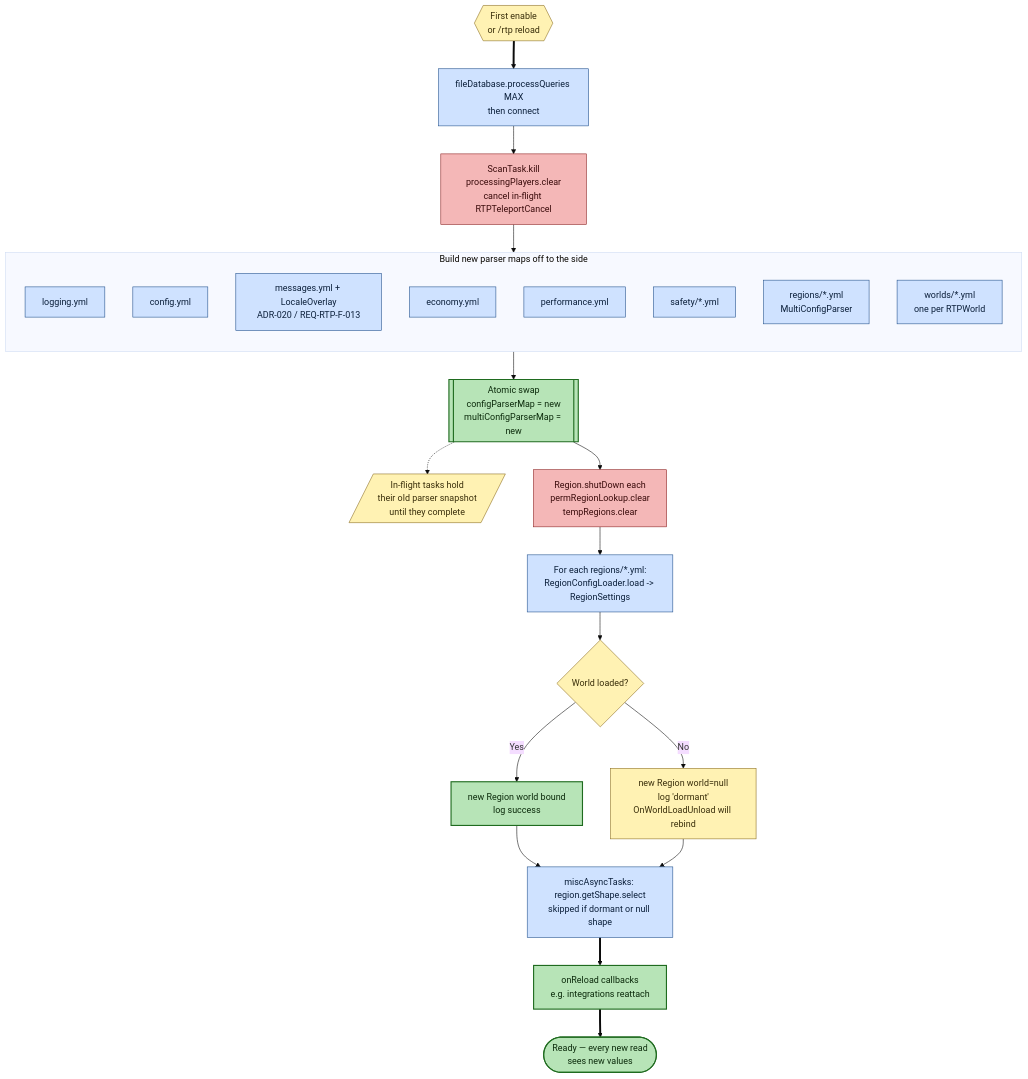
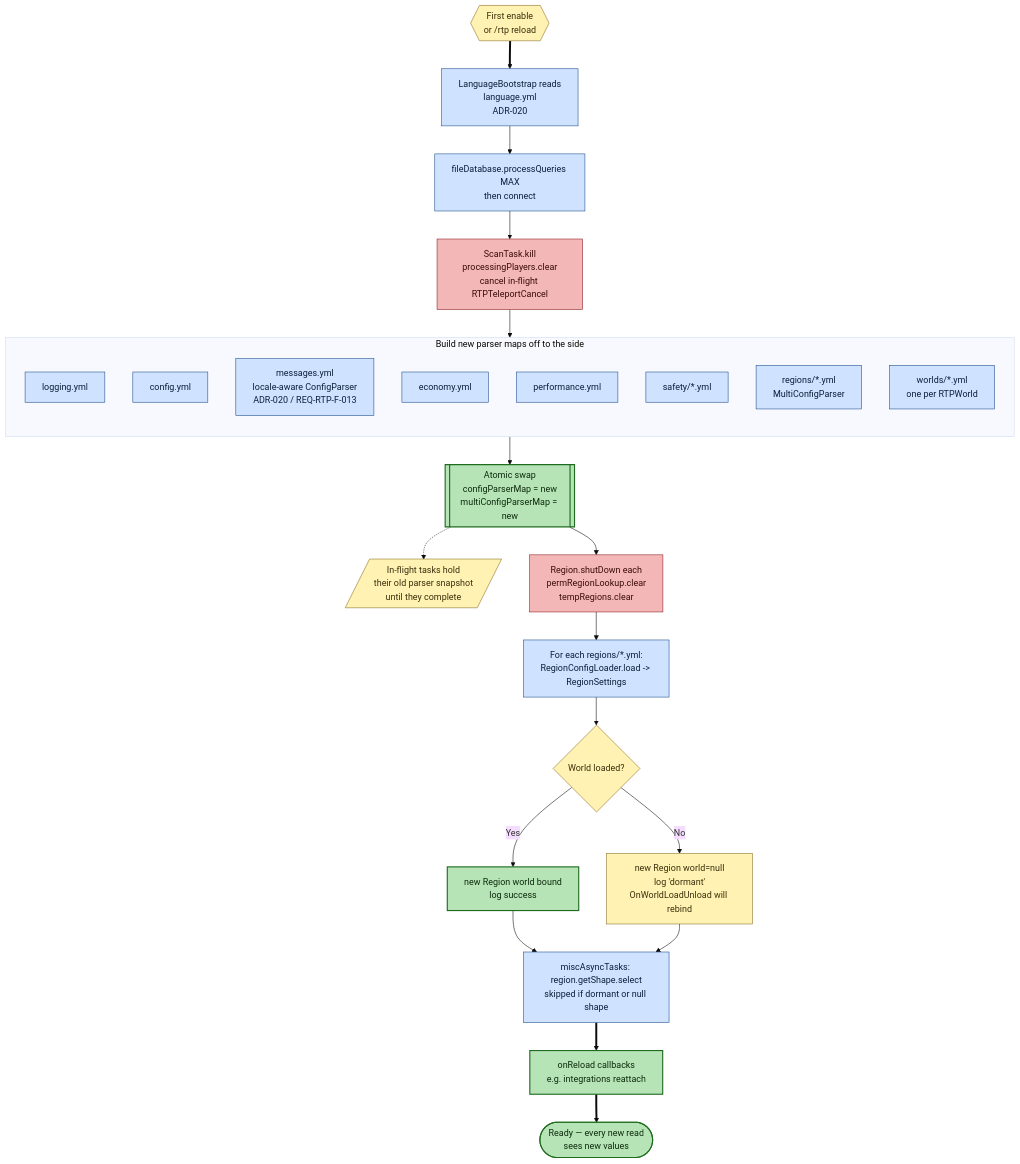
One commit to DailyStruggle/RTP changed the diagram in docs/architecture/10-configuration-load-and-reload.md. Above: the diagram before and after it, drawn with Mermaid (base theme). The commit also changed other lines of this file and 195 other files, not shown here.

````diff
--- a/docs/architecture/10-configuration-load-and-reload.md
+++ b/docs/architecture/10-configuration-load-and-reload.md
@@ -12,53 +12,55 @@
 ```mermaid
 flowchart TD
     %% Color legend: green = live-parser swap (new readers see new values), red = in-flight cancel / region shutdown, blue = disk I/O + async shape selection, yellow = config data / snapshot
 
     Trigger{{First enable<br/>or /rtp reload}}:::data
+    Bootstrap[LanguageBootstrap reads<br/>language.yml<br/>ADR-020]:::async
     FlushDB[fileDatabase.processQueries MAX<br/>then connect]:::async
     CancelTasks[ScanTask.kill<br/>processingPlayers.clear<br/>cancel in-flight RTPTeleportCancel]:::fail
 
     subgraph NewParsers [Build new parser maps off to the side]
         direction TB
         P1[logging.yml]:::async
         P2[config.yml]:::async
-        P3[messages.yml + LocaleOverlay<br/>ADR-020 / REQ-RTP-F-013]:::async
+        P3[messages.yml<br/>locale-aware ConfigParser<br/>ADR-020 / REQ-RTP-F-013]:::async
         P4[economy.yml]:::async
         P5[performance.yml]:::async
         P6[safety/*.yml]:::async
         P7[regions/*.yml<br/>MultiConfigParser]:::async
         P8[worlds/*.yml<br/>one per RTPWorld]:::async
     end
 
     Swap[[Atomic swap<br/>configParserMap = new<br/>multiConfigParserMap = new]]:::success
     InFlightNote[/In-flight tasks hold<br/>their old parser snapshot<br/>until they complete/]:::data
 
     ShutRegions[Region.shutDown each<br/>permRegionLookup.clear<br/>tempRegions.clear]:::fail
     BuildRegions[For each regions/*.yml:<br/>RegionConfigLoader.load -> RegionSettings]:::async
     Dormant{World loaded?}:::data
     LiveRegion[new Region world bound<br/>log success]:::success
     DormantRegion[new Region world=null<br/>log 'dormant'<br/>OnWorldLoadUnload will rebind]:::data
     ShapePick[miscAsyncTasks: region.getShape.select<br/>skipped if dormant or null shape]:::async
 
     OnReload[onReload callbacks<br/>e.g. integrations reattach]:::success
     Done([Ready — every new read<br/>sees new values]):::success
 
-    Trigger ==> FlushDB
+    Trigger ==> Bootstrap
+    Bootstrap --> FlushDB
     FlushDB --> CancelTasks
     CancelTasks --> NewParsers
     NewParsers --> Swap
     Swap -.-> InFlightNote
     Swap --> ShutRegions
     ShutRegions --> BuildRegions
     BuildRegions --> Dormant
     Dormant -- Yes --> LiveRegion
     Dormant -- No --> DormantRegion
     LiveRegion --> ShapePick
     DormantRegion --> ShapePick
     ShapePick ==> OnReload
     OnReload ==> Done
 
     classDef success fill:#b7e4b7,stroke:#1f6b1f,stroke-width:2px,color:#0b2a0b;
     classDef fail    fill:#f4b7b7,stroke:#8a1f1f,color:#3a0b0b;
     classDef async   fill:#cfe2ff,stroke:#1f4e8a,color:#0b1f3a;
     classDef data    fill:#fff2b3,stroke:#8a6d1f,color:#3a2f0b;
 ```
````
